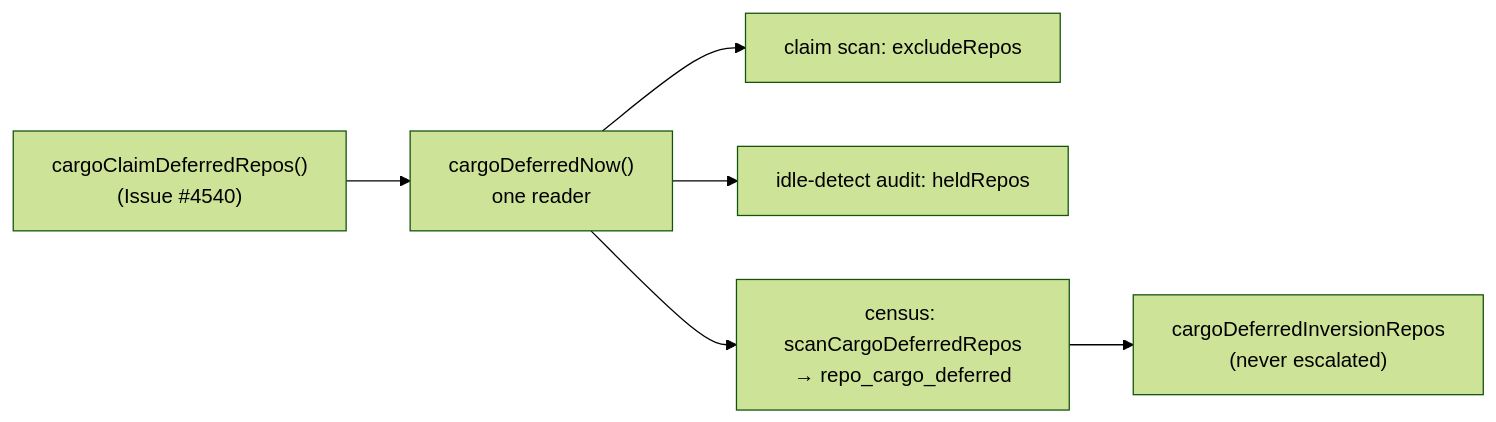
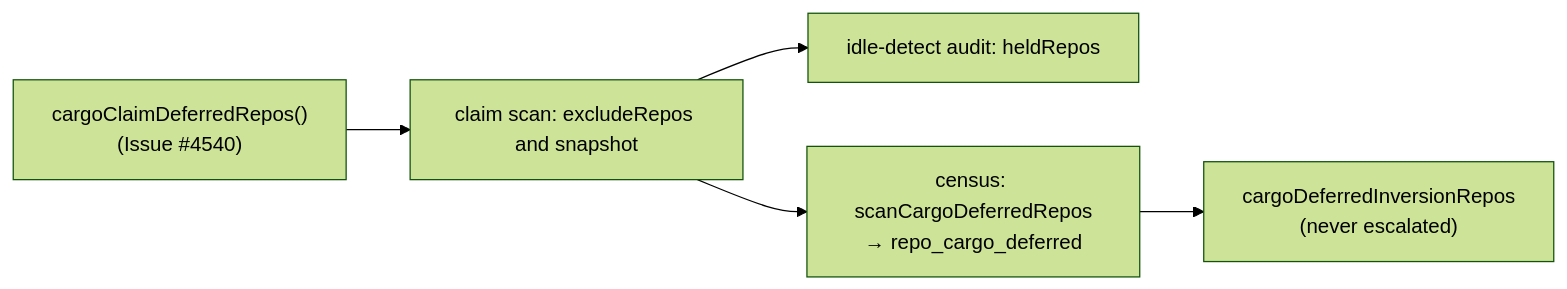
Before and after one commit to stSoftwareAU/VibeCoder: the diagram in docs/archive/pr-summaries/pr-summary-4751.md, drawn with Mermaid (forest theme). The commit also changed other lines of this file and 3 other files, not shown here.

````diff
--- a/docs/archive/pr-summaries/pr-summary-4751.md
+++ b/docs/archive/pr-summaries/pr-summary-4751.md
@@ -11,8 +11,7 @@
 ```mermaid
 flowchart LR
-    H["cargoClaimDeferredRepos()<br/>(Issue #4540)"] --> N["cargoDeferredNow()<br/>one reader"]
-    N --> S["claim scan: excludeRepos"]
-    N --> A["idle-detect audit: heldRepos"]
-    N --> C["census: scanCargoDeferredRepos<br/>→ repo_cargo_deferred"]
+    H["cargoClaimDeferredRepos()<br/>(Issue #4540)"] --> S["claim scan: excludeRepos and snapshot"]
+    S --> A["idle-detect audit: heldRepos"]
+    S --> C["census: scanCargoDeferredRepos<br/>→ repo_cargo_deferred"]
     C --> B["cargoDeferredInversionRepos<br/>(never escalated)"]
 ```
````
